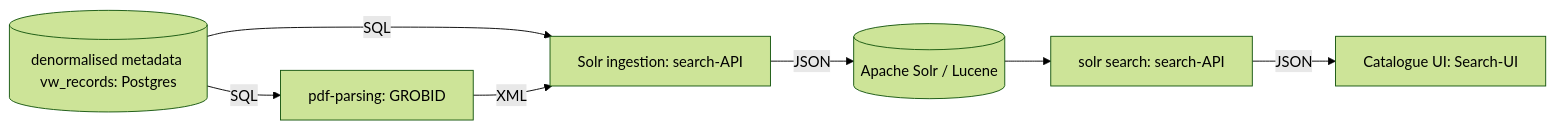
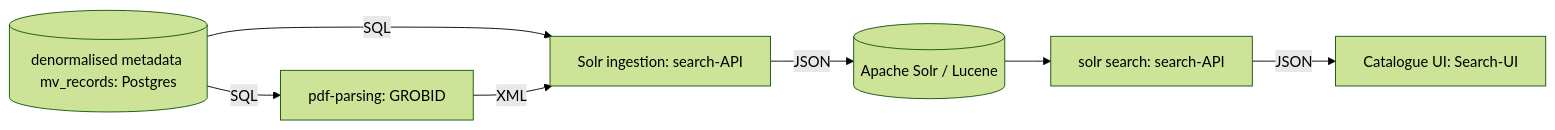
The diagram in tech/docs/technical_components/catalogue.md (soilwise-he/SoilWise-documentation), drawn with Mermaid (forest theme) before and after one commit. The commit also changed other lines of this file, not shown here.

````diff
--- a/tech/docs/technical_components/catalogue.md
+++ b/tech/docs/technical_components/catalogue.md
@@ -96,17 +98,17 @@
 ``` mermaid
 flowchart LR
-    A[(denormalised metadata vw_records: Postgres)]
+    A[(denormalised metadata mv_records: Postgres)]
 
     B[pdf-parsing: GROBID]
     C[Solr ingestion: search-API]
     D[(Apache Solr / Lucene)]
     E[solr search: search-API]
     F[Catalogue UI: Search-UI]
 
     A -- SQL --> B
     A -- SQL --> C
     B -- XML --> C
     C -- JSON --> D
     D --> E
     E -- JSON --> F
 ```
````
